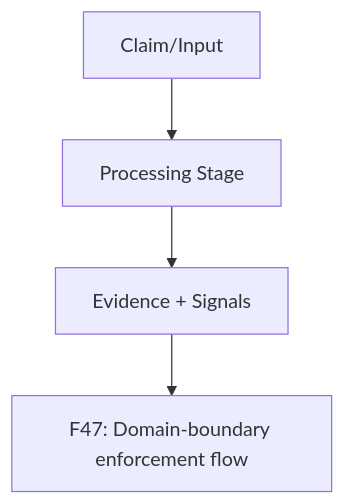
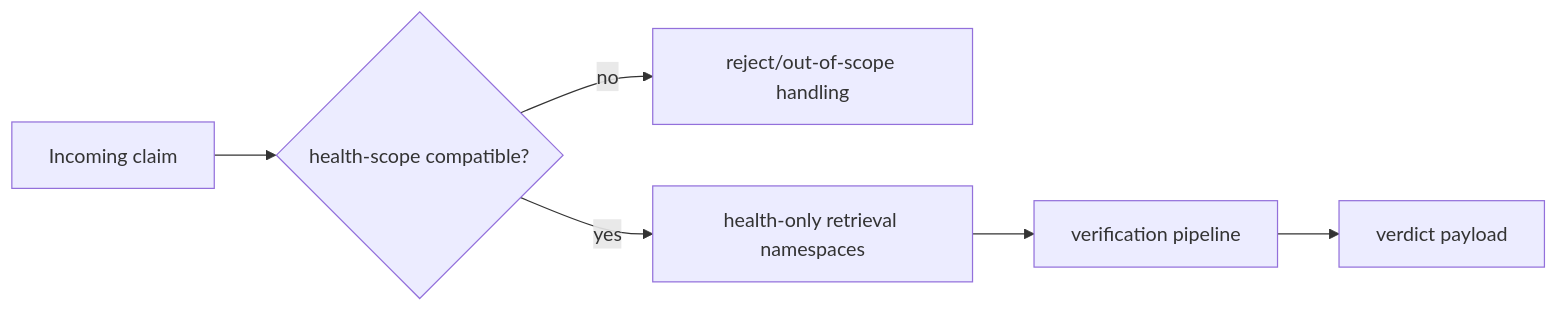
One commit to Luxia-AI/docs changed the second of 4 diagrams in methodology/figures/08-generalization-and-safety-pack.md. Above: the diagram before and after it, drawn with Mermaid. The commit also changed other lines of this file and 9 other files, not shown here.

First line of the commit message:
Refactor methodology figures with updated Mermaid diagrams and enhanced clarity across multiple packs. Key changes include:

````diff
--- a/methodology/figures/08-generalization-and-safety-pack.md
+++ b/methodology/figures/08-generalization-and-safety-pack.md
@@ -43,6 +48,8 @@
 ```mermaid
-flowchart TD
-    A[Claim/Input] --> B[Processing Stage]
-    B --> C[Evidence + Signals]
-    C --> D[F47: Domain-boundary enforcement flow]
+flowchart LR
+  I[Incoming claim] --> H{health-scope compatible?}
+  H -- no --> R[reject/out-of-scope handling]
+  H -- yes --> P[health-only retrieval namespaces]
+  P --> V[verification pipeline]
+  V --> O[verdict payload]
 ```
````
